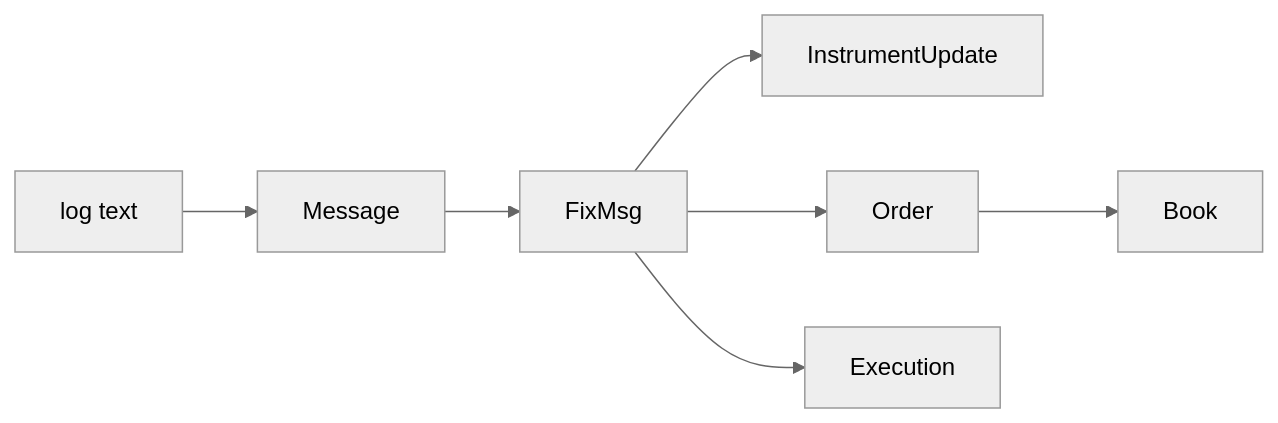
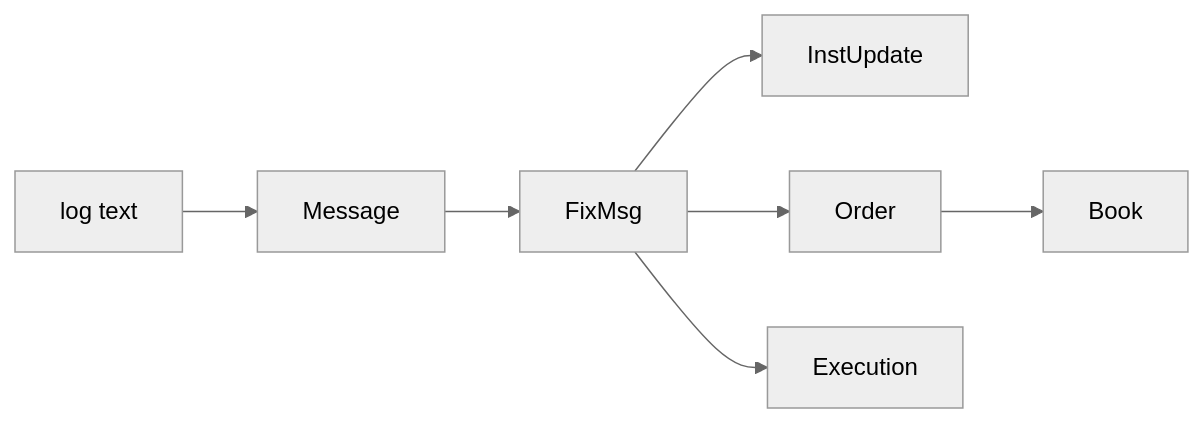
One commit to Platob/yggfin changed the diagram in docs/products/index.md. Above: the diagram before and after it, drawn with Mermaid (neutral theme). The commit also changed other lines of this file and 1151 other files, not shown here.

````diff
--- a/docs/products/index.md
+++ b/docs/products/index.md
@@ -6,8 +6,8 @@
 ```mermaid
 flowchart LR
   T[log text] --> M[Message] --> F[FixMsg]
-  F --> I[InstrumentUpdate]
+  F --> I[InstUpdate]
   F --> O[Order]
   F --> E[Execution]
   O --> B[Book]
 ```
````
